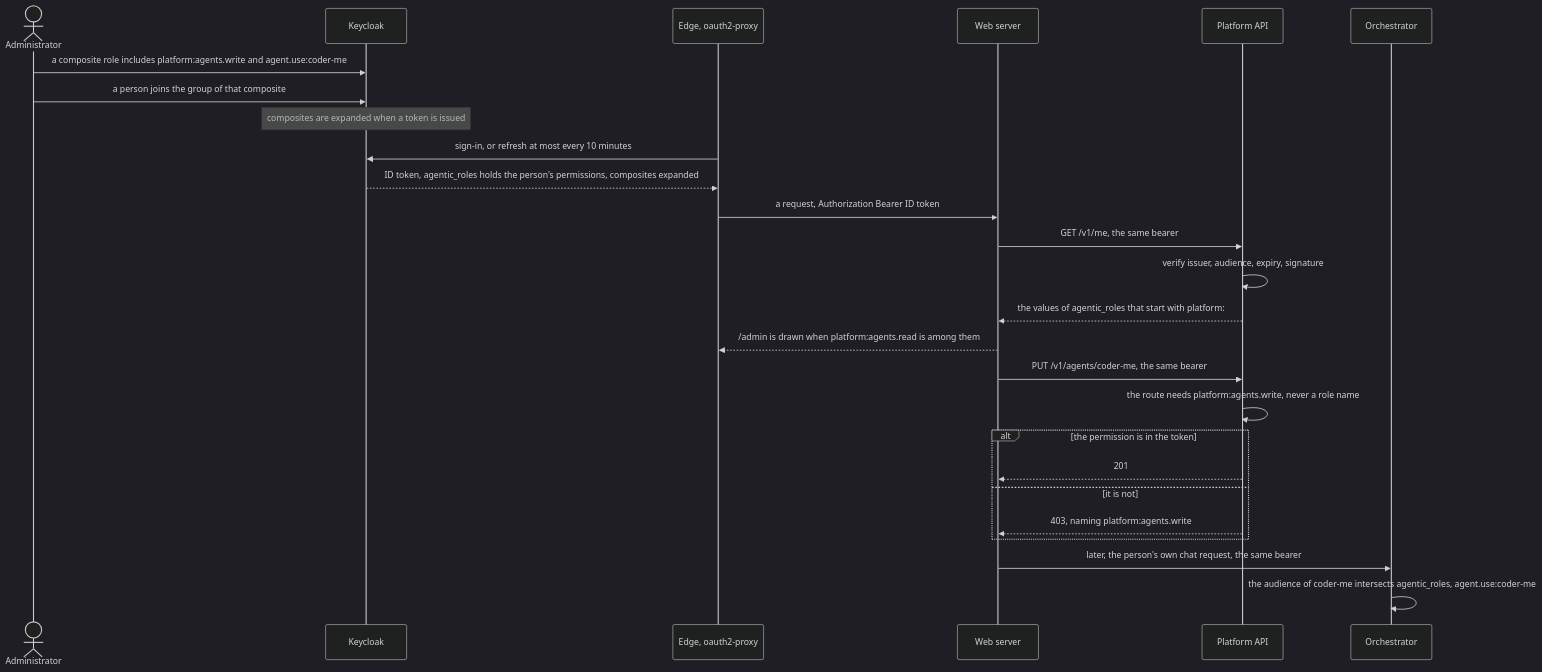
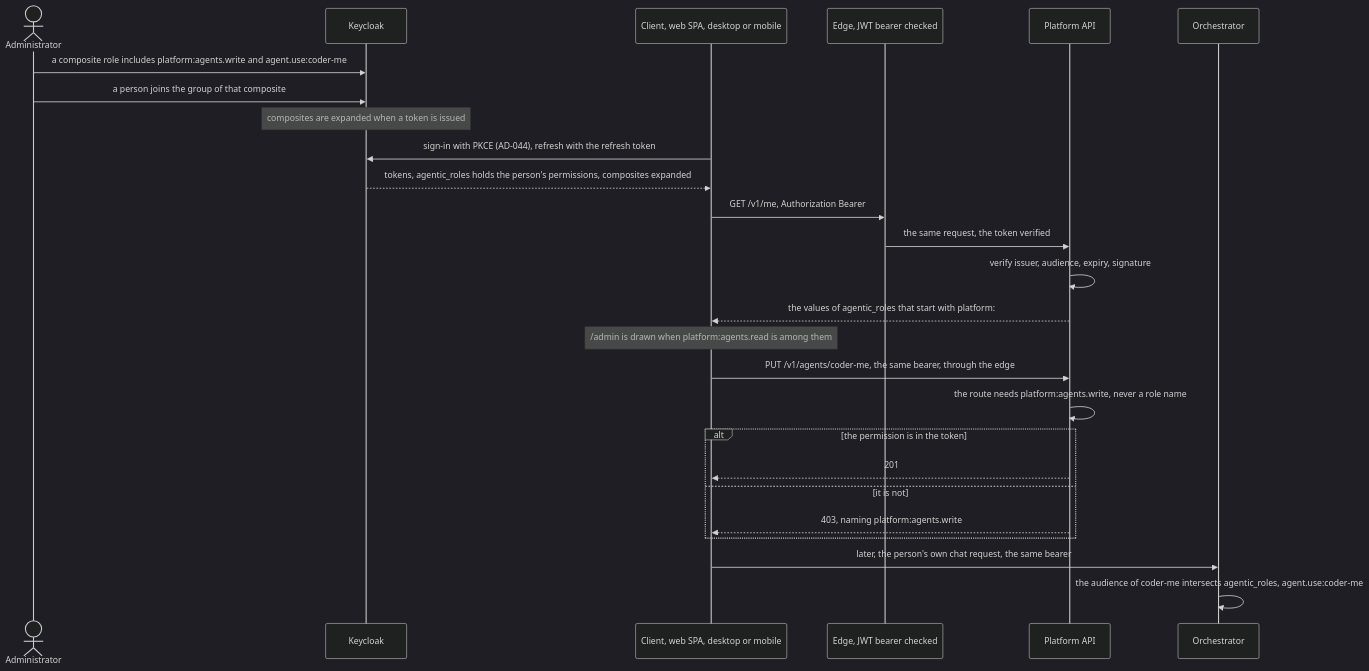
Diagram 11 of 15 in docs/architecture/10-control-plane-and-crds.md (vymalo/another-agentic-platform), drawn with Mermaid (dark theme) before and after one commit. The commit also changed other lines of this file and 4 other files, not shown here.

First line of the commit message:
docs(architecture): run pool, credential broker, containers in runs, clients without a web server (#19)

````diff
--- a/docs/architecture/10-control-plane-and-crds.md
+++ b/docs/architecture/10-control-plane-and-crds.md
@@ -1024,29 +1492,29 @@
 ```mermaid
 sequenceDiagram
     actor A as Administrator
     participant K as Keycloak
-    participant E as Edge, oauth2-proxy
-    participant W as Web server
+    participant C as Client, web SPA, desktop or mobile
+    participant E as Edge, JWT bearer checked
     participant P as Platform API
     participant X as Orchestrator
 
     A->>K: a composite role includes platform:agents.write and agent.use:coder-me
     A->>K: a person joins the group of that composite
     Note over K: composites are expanded when a token is issued
-    E->>K: sign-in, or refresh at most every 10 minutes
-    K-->>E: ID token, agentic_roles holds the person's permissions, composites expanded
-    E->>W: a request, Authorization Bearer ID token
-    W->>P: GET /v1/me, the same bearer
+    C->>K: sign-in with PKCE (AD-044), refresh with the refresh token
+    K-->>C: tokens, agentic_roles holds the person's permissions, composites expanded
+    C->>E: GET /v1/me, Authorization Bearer
+    E->>P: the same request, the token verified
     P->>P: verify issuer, audience, expiry, signature
-    P-->>W: the values of agentic_roles that start with platform:
-    W-->>E: /admin is drawn when platform:agents.read is among them
-    W->>P: PUT /v1/agents/coder-me, the same bearer
+    P-->>C: the values of agentic_roles that start with platform:
+    Note over C: /admin is drawn when platform:agents.read is among them
+    C->>P: PUT /v1/agents/coder-me, the same bearer, through the edge
     P->>P: the route needs platform:agents.write, never a role name
     alt the permission is in the token
-        P-->>W: 201
+        P-->>C: 201
     else it is not
-        P-->>W: 403, naming platform:agents.write
+        P-->>C: 403, naming platform:agents.write
     end
-    W->>X: later, the person's own chat request, the same bearer
+    C->>X: later, the person's own chat request, the same bearer
     X->>X: the audience of coder-me intersects agentic_roles, agent.use:coder-me
 ```
````
